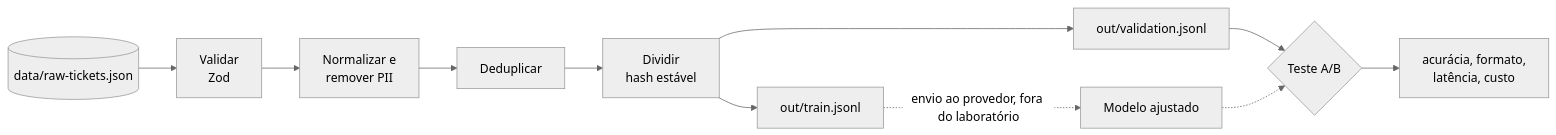
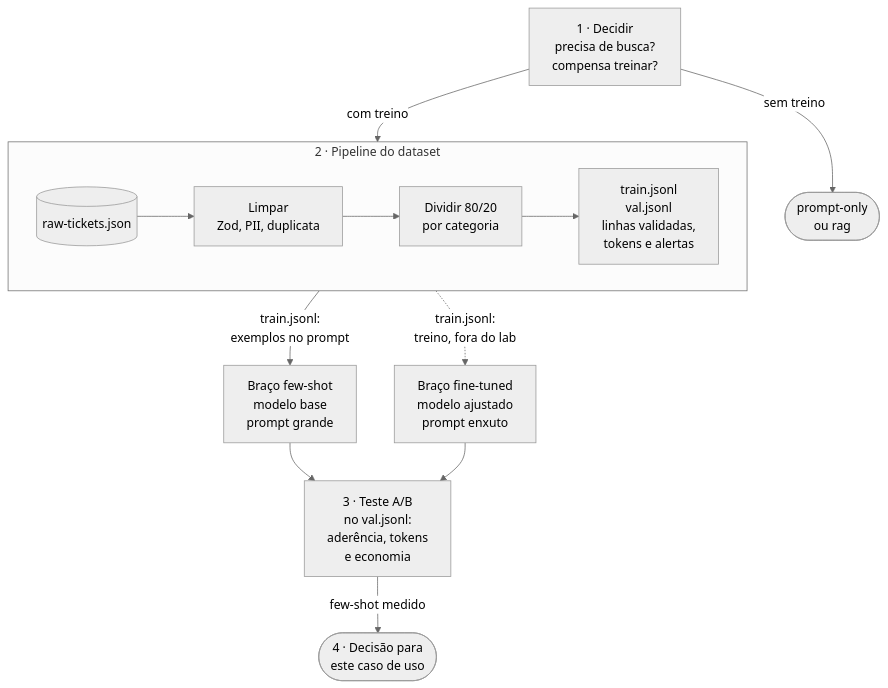
Before and after one commit to Amad3eu/ai-engineering-labs: the diagram in labs/07-fine-tuning-datasets/README.md, drawn with Mermaid (neutral theme). The commit also changed other lines of this file and 15 other files, not shown here.

First line of the commit message:
feat(lab-07): decision framework, pipeline de dataset JSONL e teste A/B (#2)

````diff
--- a/labs/07-fine-tuning-datasets/README.md
+++ b/labs/07-fine-tuning-datasets/README.md
@@ -18,13 +17,19 @@
 ```mermaid
-flowchart LR
-  R[("data/raw-tickets.json")] --> V["Validar<br/>Zod"]
-  V --> N["Normalizar e<br/>remover PII"]
-  N --> D["Deduplicar"]
-  D --> S["Dividir<br/>hash estável"]
-  S --> TR["out/train.jsonl"]
-  S --> VA["out/validation.jsonl"]
-  TR -.->|"envio ao provedor, fora do laboratório"| FT["Modelo ajustado"]
-  VA --> AB{"Teste A/B"}
-  FT -.-> AB
-  AB --> M["acurácia, formato,<br/>latência, custo"]
+flowchart TB
+  DF["1 · Decidir<br/>precisa de busca?<br/>compensa treinar?"]
+  DF -->|"sem treino"| OUT(["prompt-only<br/>ou rag"])
+  DF -->|"com treino"| dataset
+
+  subgraph dataset["2 · Pipeline do dataset"]
+    direction LR
+    RAW[("raw-tickets.json")] --> CL["Limpar<br/>Zod, PII, duplicata"]
+    CL --> SP["Dividir 80/20<br/>por categoria"]
+    SP --> JL["train.jsonl<br/>val.jsonl<br/>linhas validadas,<br/>tokens e alertas"]
+  end
+
+  dataset -->|"train.jsonl:<br/>exemplos no prompt"| A["Braço few-shot<br/>modelo base<br/>prompt grande"]
+  dataset -.->|"train.jsonl:<br/>treino, fora do lab"| B["Braço fine-tuned<br/>modelo ajustado<br/>prompt enxuto"]
+  A --> AB["3 · Teste A/B<br/>no val.jsonl:<br/>aderência, tokens<br/>e economia"]
+  B --> AB
+  AB -->|"few-shot medido"| D4(["4 · Decisão para<br/>este caso de uso"])
 ```
````
